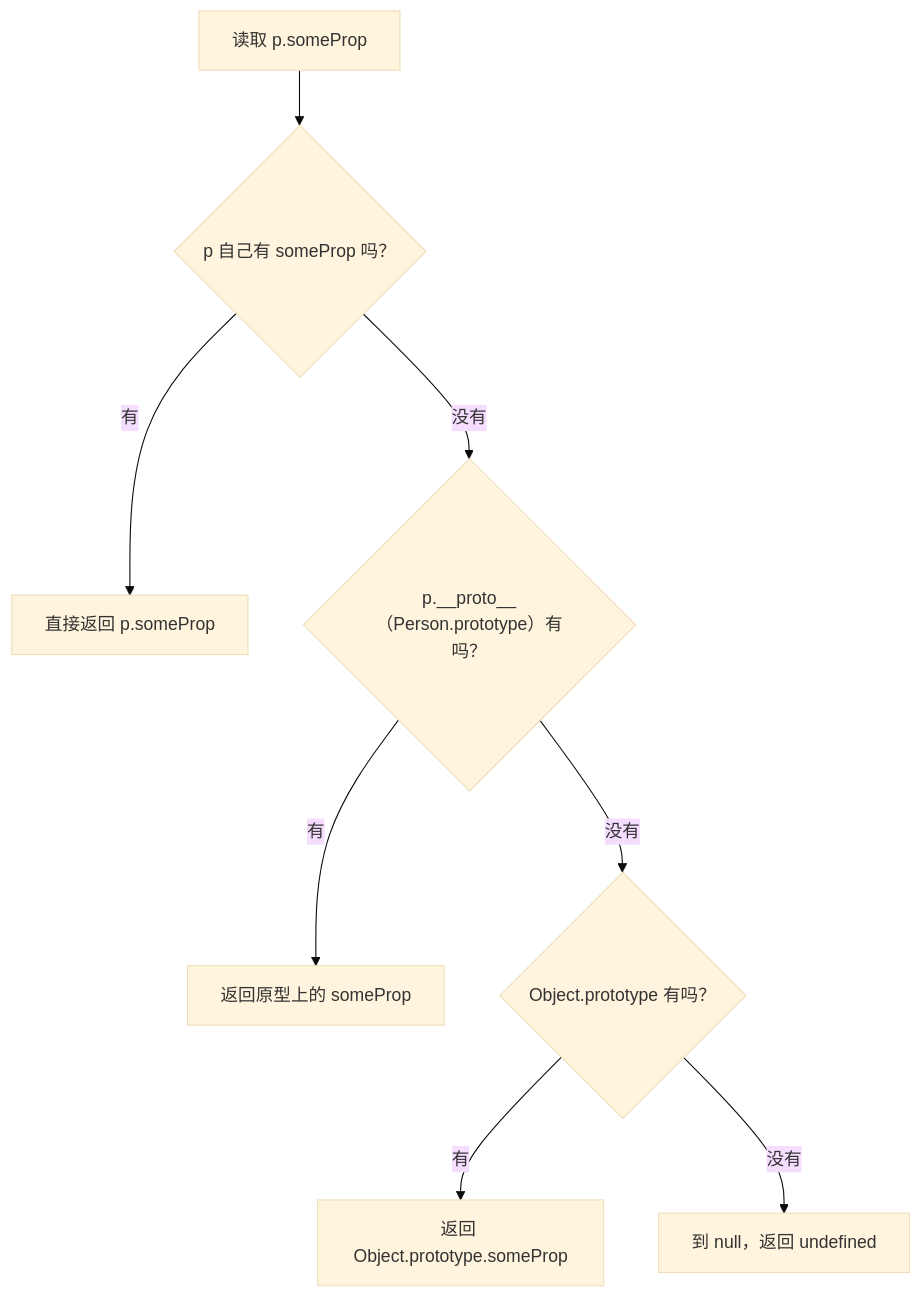
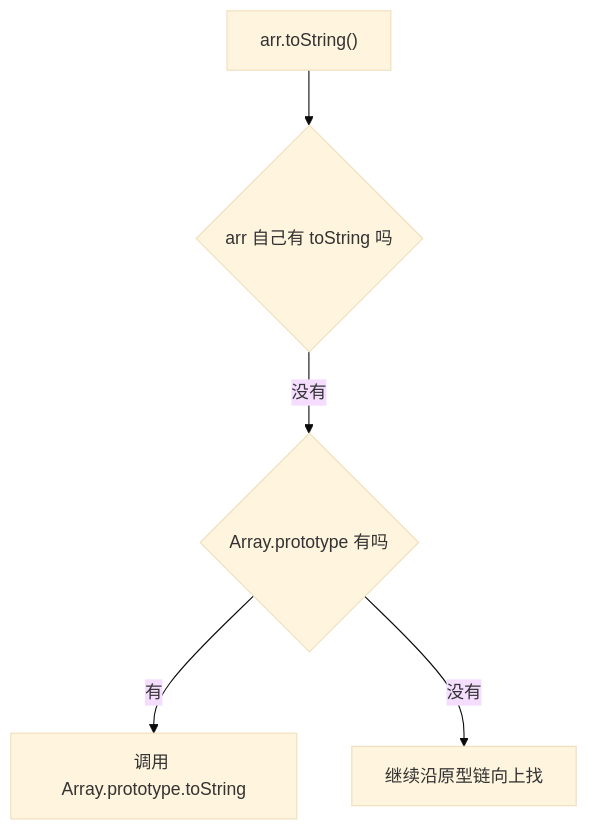
The third of 3 diagrams in public/notes/我的总结/JS/辅助资料/08_类型检测与原型链深度解析.md (HN2461/HaonanKnowledgeBlog), drawn with Mermaid (base theme) before and after one commit. The commit also changed other lines of this file and 15 other files, not shown here.

Commit message:
Markdown 渲染: 支持 Mermaid 预览与代码块增强

````diff
--- a/public/notes/我的总结/JS/辅助资料/08_类型检测与原型链深度解析.md
+++ b/public/notes/我的总结/JS/辅助资料/08_类型检测与原型链深度解析.md
@@ -38,10 +541,7 @@
 ```mermaid
 flowchart TD
-  S["读取 p.someProp"] --> A{"p 自己有 someProp 吗？"}
-  A -- "有" --> B["直接返回 p.someProp"]
-  A -- "没有" --> C{"p.__proto__（Person.prototype）有吗？"}
-  C -- "有" --> D["返回原型上的 someProp"]
-  C -- "没有" --> E{"Object.prototype 有吗？"}
-  E -- "有" --> F["返回 Object.prototype.someProp"]
-  E -- "没有" --> G["到 null，返回 undefined"]
+  A["arr.toString()"] --> B{"arr 自己有 toString 吗"}
+  B -- "没有" --> C{"Array.prototype 有吗"}
+  C -- "有" --> D["调用 Array.prototype.toString"]
+  C -- "没有" --> E["继续沿原型链向上找"]
 ```
````
